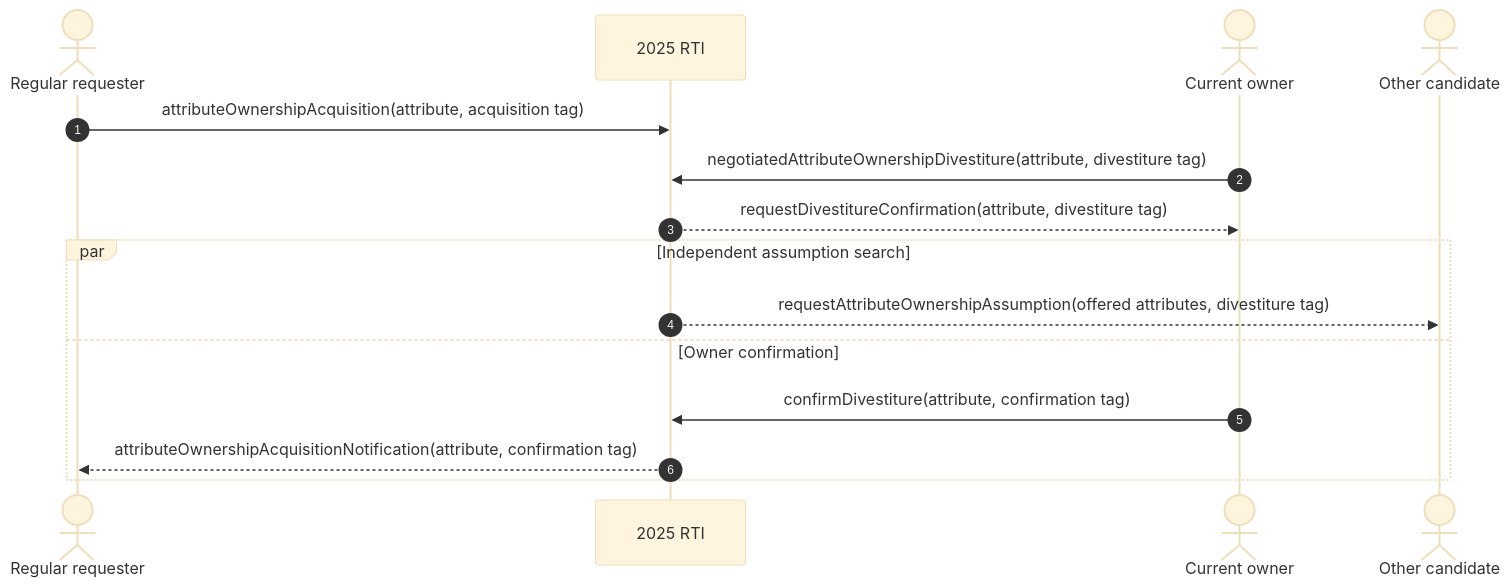
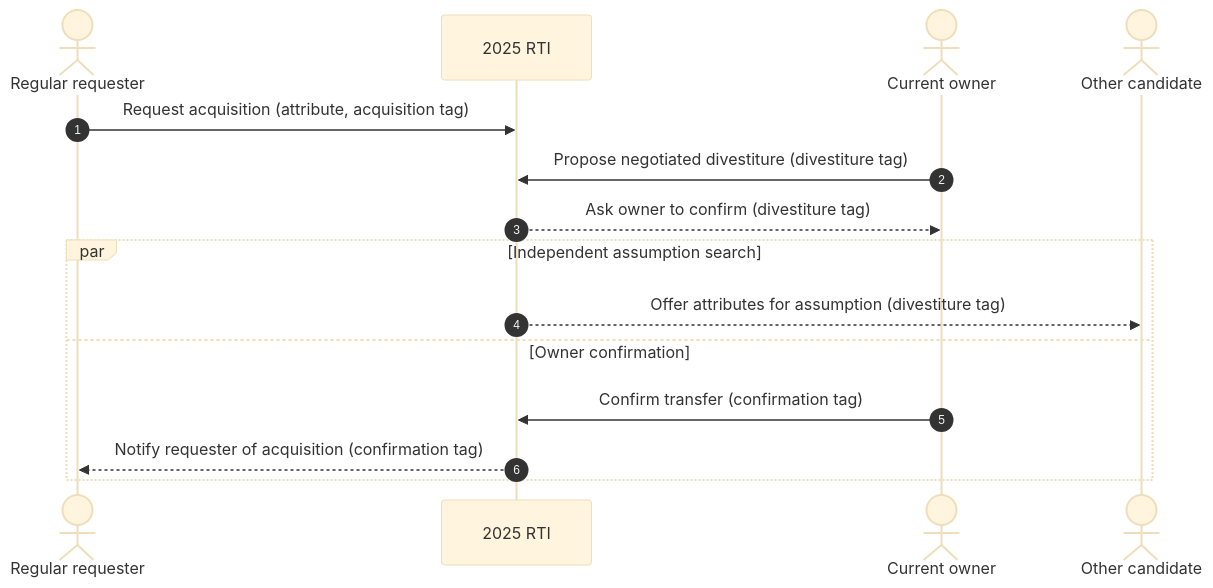
One commit to sheepfling/umbra changed diagram 11 of 18 in docs/design/HLA-2025-ATTRIBUTE-OWNERSHIP-FLOW-GUIDE.md. Above: the diagram before and after it, drawn with Mermaid (base theme). The commit also changed other lines of this file and 822 other files, not shown here.

````diff
--- a/docs/design/HLA-2025-ATTRIBUTE-OWNERSHIP-FLOW-GUIDE.md
+++ b/docs/design/HLA-2025-ATTRIBUTE-OWNERSHIP-FLOW-GUIDE.md
@@ -180,18 +723,18 @@
 ```mermaid
 sequenceDiagram
   autonumber
   actor B as Regular requester
   participant RTI as 2025 RTI
   actor A as Current owner
   actor C as Other candidate
 
-  B->>RTI: attributeOwnershipAcquisition(attribute, acquisition tag)
-  A->>RTI: negotiatedAttributeOwnershipDivestiture(attribute, divestiture tag)
-  RTI-->>A: requestDivestitureConfirmation(attribute, divestiture tag)
+  B->>RTI: Request acquisition (attribute, acquisition tag)
+  A->>RTI: Propose negotiated divestiture (divestiture tag)
+  RTI-->>A: Ask owner to confirm (divestiture tag)
   par Independent assumption search
-    RTI-->>C: requestAttributeOwnershipAssumption(offered attributes, divestiture tag)
+    RTI-->>C: Offer attributes for assumption (divestiture tag)
   and Owner confirmation
-    A->>RTI: confirmDivestiture(attribute, confirmation tag)
-    RTI-->>B: attributeOwnershipAcquisitionNotification(attribute, confirmation tag)
+    A->>RTI: Confirm transfer (confirmation tag)
+    RTI-->>B: Notify requester of acquisition (confirmation tag)
   end
 ```
````
